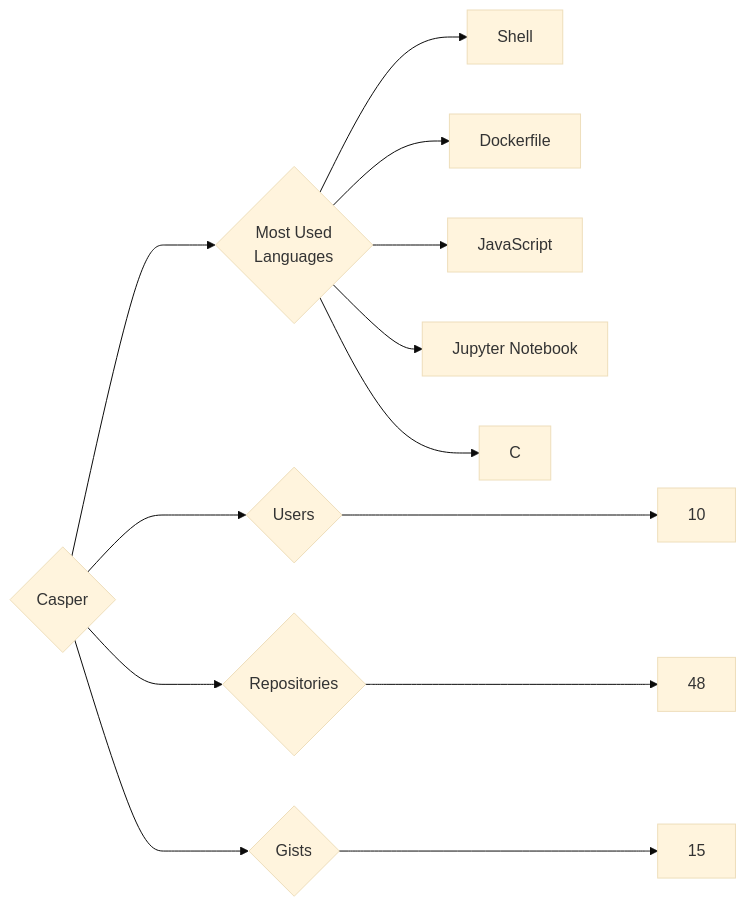
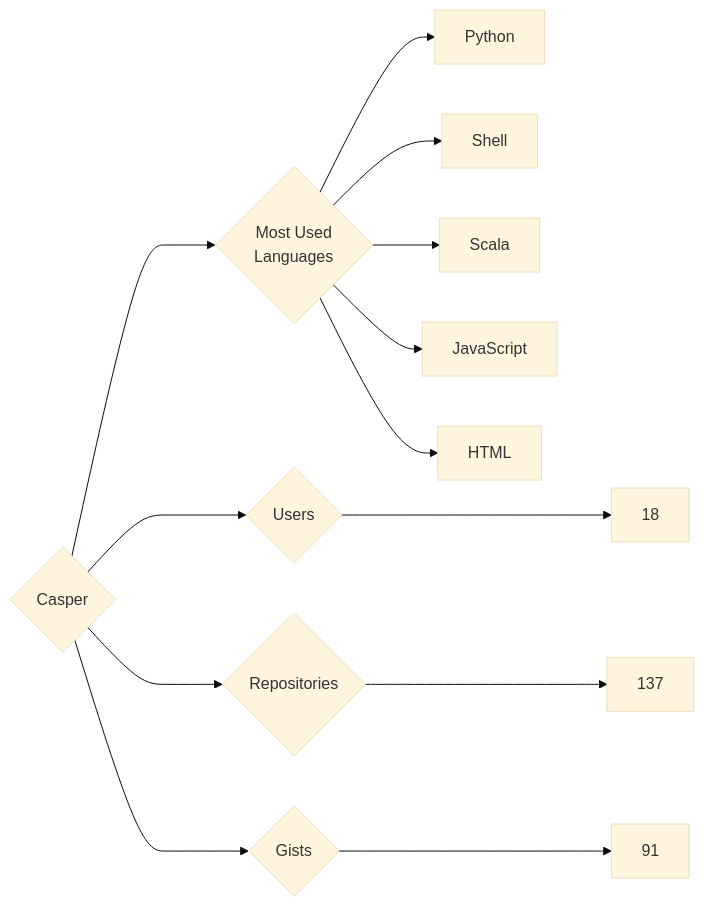
One commit to trickest/insiders changed the diagram in targets/Casper/README.md. Above: the diagram before and after it, drawn with Mermaid (base theme). The commit also changed 873 other files, not shown here.

````diff
--- a/targets/Casper/README.md
+++ b/targets/Casper/README.md
@@ -3,13 +3,13 @@
 ```mermaid
 graph LR
 COMPANY_NAME{Casper}
-COMPANY_NAME ---> U{Users} ---> UN[10]
-COMPANY_NAME ---> R{Repositories} ---> RN[48]
-COMPANY_NAME ---> G{Gists} ---> GN[15]
+COMPANY_NAME ---> U{Users} ---> UN[18]
+COMPANY_NAME ---> R{Repositories} ---> RN[137]
+COMPANY_NAME ---> G{Gists} ---> GN[91]
 COMPANY_NAME ---> ML{Most Used<br>Languages}
+ML --> Python[Python]
 ML --> Shell[Shell]
-ML --> Dockerfile[Dockerfile]
+ML --> Scala[Scala]
 ML --> JavaScript[JavaScript]
-ML --> Jupyter_Notebook[Jupyter Notebook]
-ML --> C[C]
+ML --> HTML[HTML]
 ```
````
